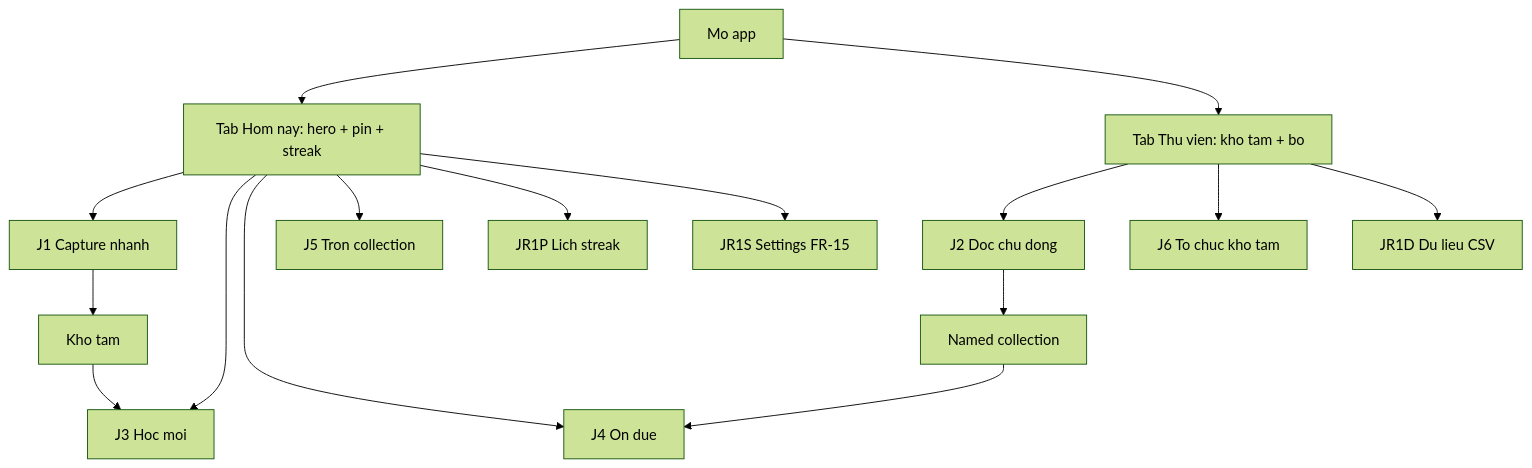
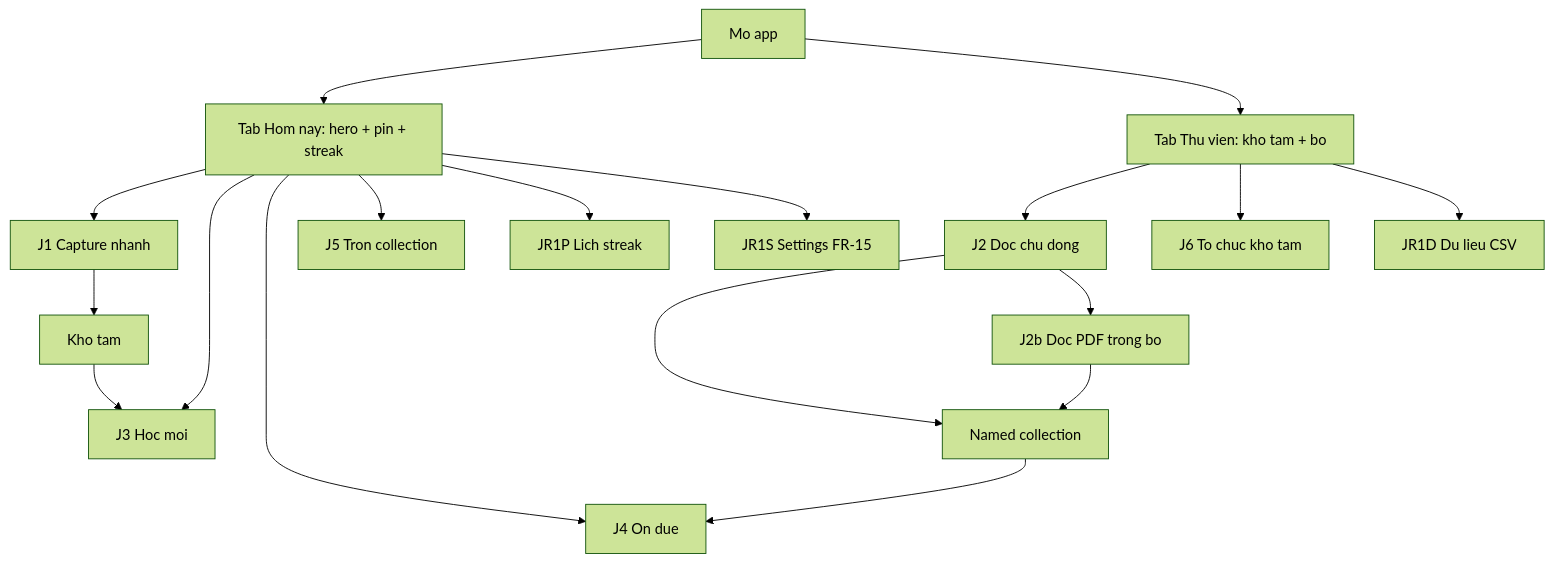
One commit to venkyvn/reado changed the first of 3 diagrams in docs/specs/journeys.md. Above: the diagram before and after it, drawn with Mermaid (forest theme). The commit also changed other lines of this file and 12 other files, not shown here.

````diff
--- a/docs/specs/journeys.md
+++ b/docs/specs/journeys.md
@@ -29,19 +29,21 @@
 ```mermaid
 flowchart TD
   openApp[Mo app]
   openApp --> today["Tab Hom nay: hero + pin + streak"]
   openApp --> library["Tab Thu vien: kho tam + bo"]
   today --> j1[J1 Capture nhanh]
   today --> j3[J3 Hoc moi]
   today --> j4[J4 On due]
   today --> j5[J5 Tron collection]
   today --> jP[JR1P Lich streak]
   today --> jS[JR1S Settings FR-15]
   library --> j2[J2 Doc chu dong]
   library --> j6[J6 To chuc kho tam]
   library --> jD[JR1D Du lieu CSV]
   j1 --> khoTam[Kho tam]
   j2 --> namedCol[Named collection]
+  j2 --> j2b[J2b Doc PDF trong bo]
   khoTam --> j3
   namedCol --> j4
+  j2b --> namedCol
 ```
````
